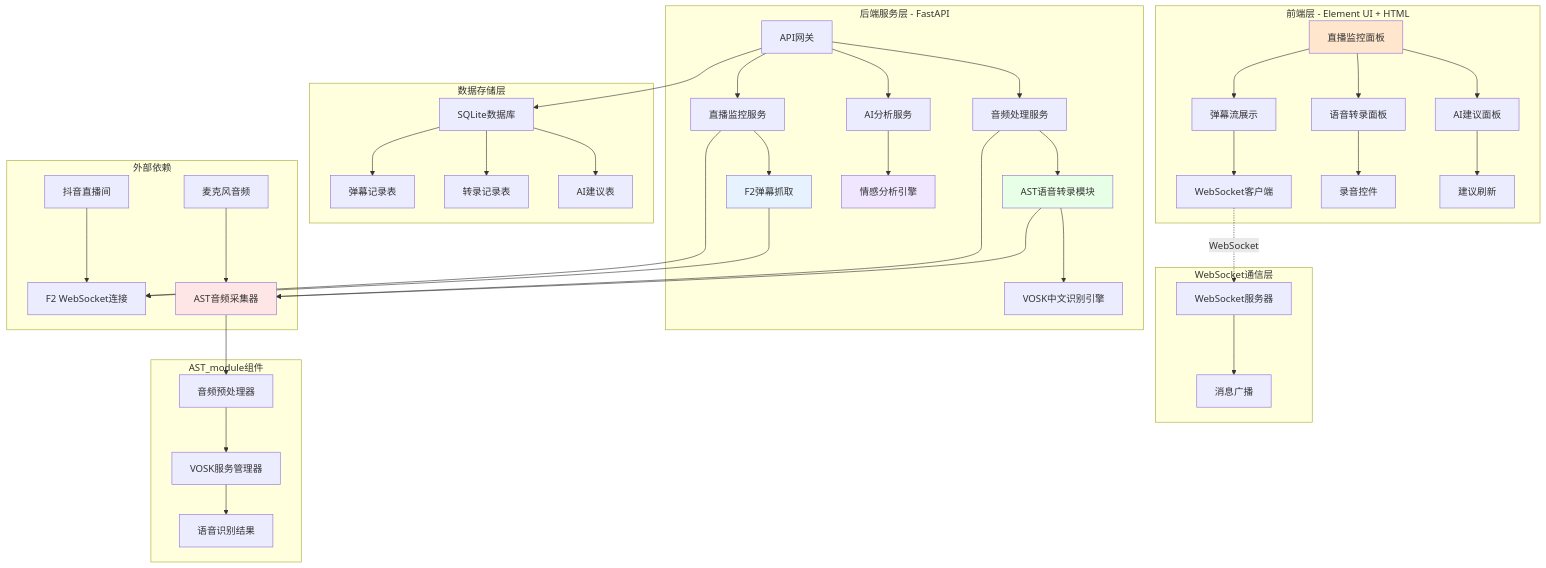
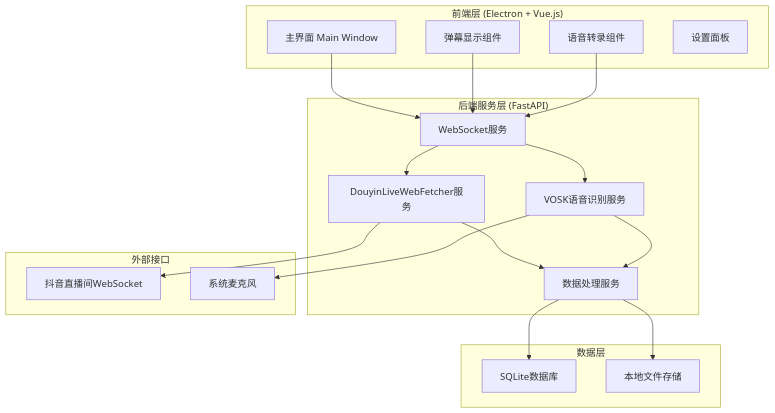
One commit to Wike-CHI/timao-douyin-live-manager changed the first of 3 diagrams in docs/提猫直播助手MVP_DESIGN_系统架构.md. Above: the diagram before and after it, drawn with Mermaid. The commit also changed other lines of this file and 418 other files, not shown here.

````diff
--- a/docs/提猫直播助手MVP_DESIGN_系统架构.md
+++ b/docs/提猫直播助手MVP_DESIGN_系统架构.md
@@ -5,55 +5,38 @@
 ```mermaid
 graph TB
-    subgraph "前端层 - Element UI + HTML"
-        A[直播监控面板] --> B[弹幕流展示]
-        A --> C[语音转录面板]
-        A --> D[AI建议面板]
-        B --> E[WebSocket客户端]
-        C --> F[录音控件]
-        D --> G[建议刷新]
+    subgraph "前端层 (Electron + Vue.js)"
+        A[主界面 Main Window]
+        B[弹幕显示组件]
+        C[语音转录组件]
+        D[设置面板]
     end
     
-    subgraph "WebSocket通信层"
-        H[WebSocket服务器] --> I[消息广播]
+    subgraph "后端服务层 (FastAPI)"
+        E[WebSocket服务]
+        F[DouyinLiveWebFetcher服务]
+        G[VOSK语音识别服务]
+        H[数据处理服务]
     end
     
-    subgraph "后端服务层 - FastAPI"
-        J[API网关] --> K[直播监控服务]
-        J --> L[音频处理服务]
-        J --> M[AI分析服务]
-        K --> N[F2弹幕抓取]
-        L --> O[AST语音转录模块]
-        O --> P[VOSK中文识别引擎]
-        M --> Q[情感分析引擎]
+    subgraph "数据层"
+        I[SQLite数据库]
+        J[本地文件存储]
     end
     
-    subgraph "数据存储层"
-        R[SQLite数据库] --> S[弹幕记录表]
-        R --> T[转录记录表]
-        R --> U[AI建议表]
+    subgraph "外部接口"
+        K[抖音直播间WebSocket]
+        L[系统麦克风]
     end
     
-    subgraph "外部依赖"
-        V[抖音直播间] --> W[F2 WebSocket连接]
-        X[麦克风音频] --> Y[AST音频采集器]
-    end
-    
-    subgraph "AST_module组件"
-        Y --> Z[音频预处理器]
-        Z --> AA[VOSK服务管理器]
-        AA --> BB[语音识别结果]
-    end
-    
-    E -.->|WebSocket| H
-    K --> W
-    L --> Y
-    N --> W
-    O --> Y
-    J --> R
-    
-    style A fill:#FFE6CC
-    style N fill:#E6F3FF
-    style O fill:#E6FFE6
-    style Q fill:#F0E6FF
-    style Y fill:#FFE6E6
+    A --> E
+    B --> E
+    C --> E
+    E --> F
+    E --> G
+    F --> K
+    G --> L
+    F --> H
+    G --> H
+    H --> I
+    H --> J
 ```
````
